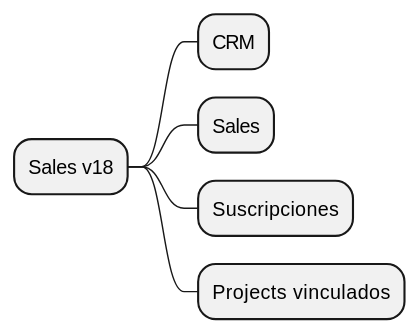
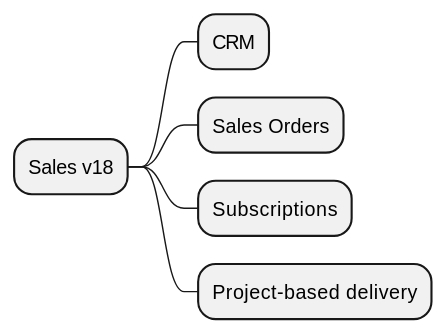
The diagram in Odoo 18/Community Addons/Sales/Index.md (rafageist/odoo-documentation), drawn with PlantUML before and after one commit. The commit also changed other lines of this file and 6 other files, not shown here.

Commit message:
Map community lead-to-cash and invoice flows

````diff
--- a/Odoo 18/Community Addons/Sales/Index.md
+++ b/Odoo 18/Community Addons/Sales/Index.md
@@ -13,9 +15,9 @@
 ```plantuml
 @startmindmap
 * Sales v18
 ** CRM
-** Sales
-** Suscripciones
-** Projects vinculados
+** Sales Orders
+** Subscriptions
+** Project-based delivery
 @endmindmap
 ```
````
